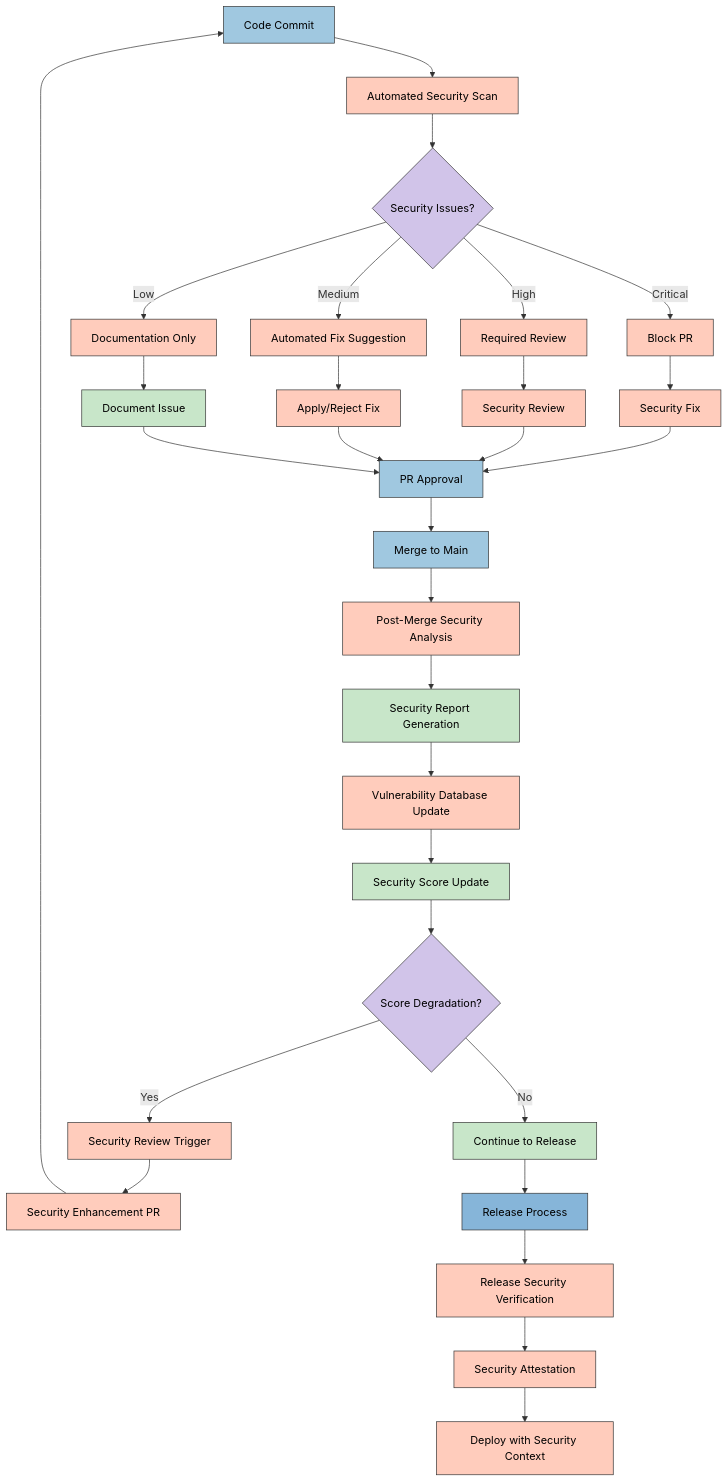
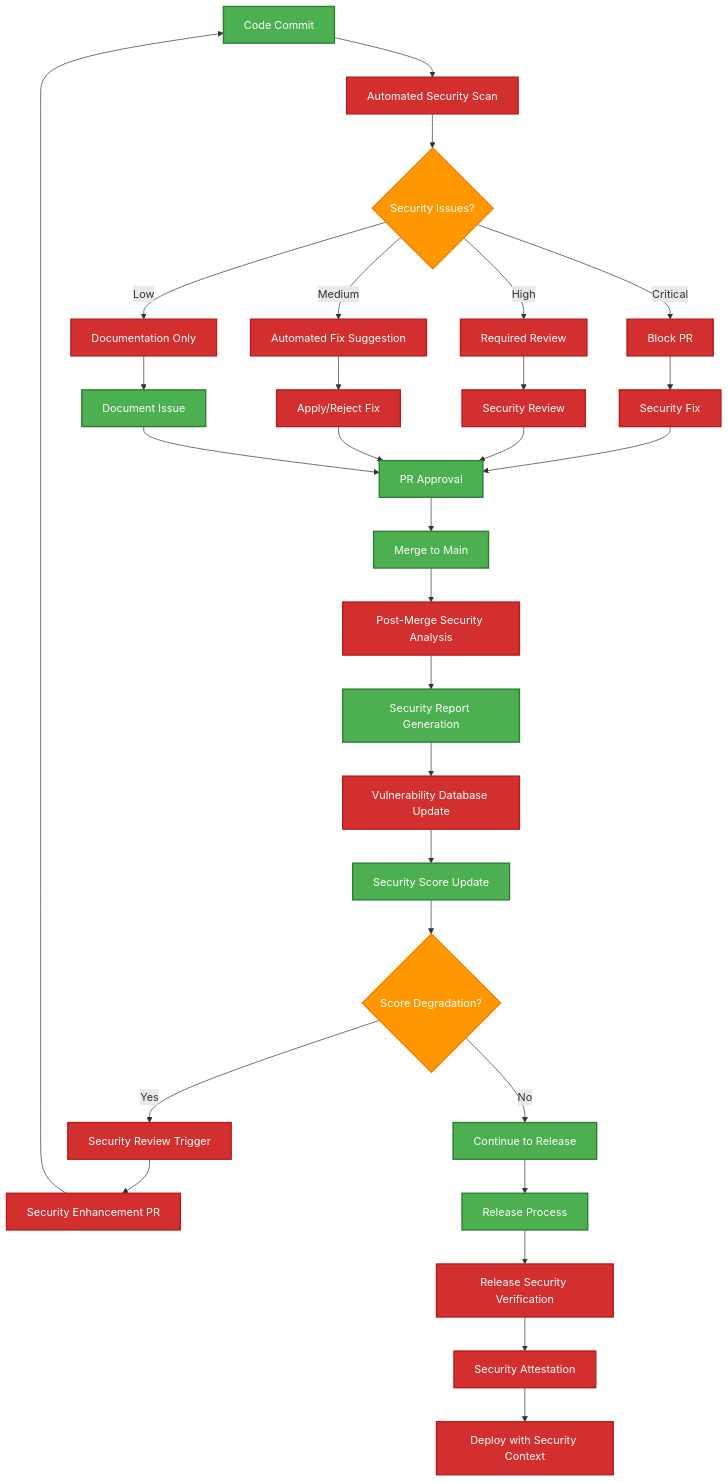
The third of 7 diagrams in docs/architecture/FUTURE_WORKFLOWS.md (Hack23/cia-compliance-manager), drawn with Mermaid before and after one commit. The commit also changed other lines of this file and 18 other files, not shown here.

First line of the commit message:
style: update all classDef colors to ISMS style guide palette and fix quadrant charts

````diff
--- a/docs/architecture/FUTURE_WORKFLOWS.md
+++ b/docs/architecture/FUTURE_WORKFLOWS.md
@@ -202,48 +202,48 @@
 ```mermaid
 flowchart TD
     A[Code Commit] --> B[Automated Security Scan]
     B --> C{Security Issues?}
     
     C -->|Critical| D1[Block PR]
     C -->|High| D2[Required Review]
     C -->|Medium| D3[Automated Fix Suggestion]
     C -->|Low| D4[Documentation Only]
     
     D1 --> E1[Security Fix]
     D2 --> E2[Security Review]
     D3 --> E3[Apply/Reject Fix]
     D4 --> E4[Document Issue]
     
     E1 & E2 & E3 & E4 --> F[PR Approval]
     F --> G[Merge to Main]
     
     G --> H[Post-Merge Security Analysis]
     H --> I[Security Report Generation]
     I --> J[Vulnerability Database Update]
     J --> K[Security Score Update]
     
     K --> L{Score Degradation?}
     L -->|Yes| M[Security Review Trigger]
     L -->|No| N[Continue to Release]
     
     M --> O[Security Enhancement PR]
     O --> A
     N --> P[Release Process]
     
     P --> Q[Release Security Verification]
     Q --> R[Security Attestation]
     R --> S[Deploy with Security Context]
 
-    classDef commit fill:#a0c8e0,stroke:#333,stroke-width:1px,color:black
-    classDef security fill:#ffccbc,stroke:#333,stroke-width:1px,color:black
-    classDef decision fill:#d1c4e9,stroke:#333,stroke-width:1px,color:black
-    classDef process fill:#c8e6c9,stroke:#333,stroke-width:1px,color:black
-    classDef release fill:#86b5d9,stroke:#333,stroke-width:1px,color:black
-    classDef report fill:#ffda9e,stroke:#333,stroke-width:1px,color:black
+    classDef commit fill:#4CAF50,stroke:#2E7D32,stroke-width:2px,color:#ffffff
+    classDef security fill:#D32F2F,stroke:#B71C1C,stroke-width:2px,color:#ffffff
+    classDef decision fill:#FF9800,stroke:#F57C00,stroke-width:2px,color:#ffffff
+    classDef process fill:#4CAF50,stroke:#2E7D32,stroke-width:2px,color:#ffffff
+    classDef release fill:#4CAF50,stroke:#2E7D32,stroke-width:2px,color:#ffffff
+    classDef report fill:#FF9800,stroke:#F57C00,stroke-width:2px,color:#ffffff
     
     class A,F,G commit
     class B,D1,D2,D3,D4,E1,E2,E3,H,J,M,O,Q,R,S security
     class C,L decision
     class E4,I,K,N process
     class P release
 ```
````
